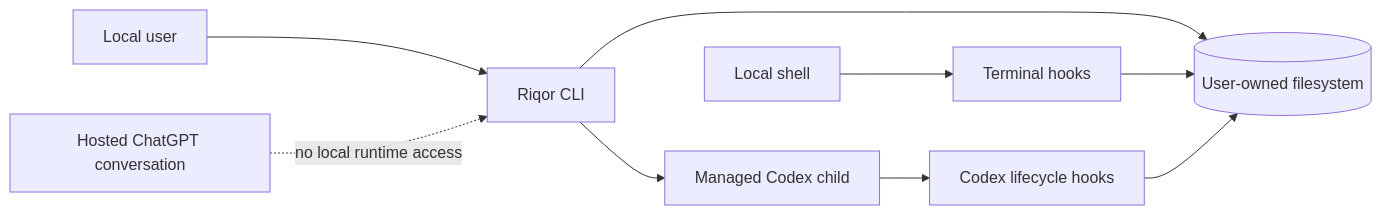
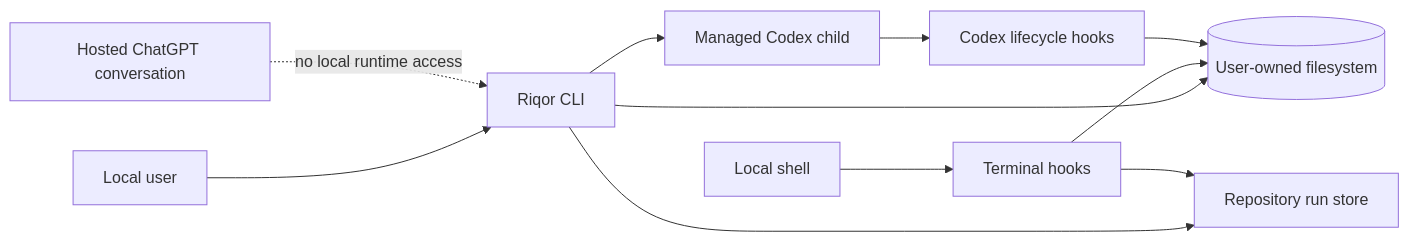
Before and after one commit to imMamdouhaboammar/riqor: the diagram in docs/SECURITY_MODEL.md, drawn with Mermaid. The commit also changed other lines of this file, not shown here.

Commit message:
docs: define run trace security boundary

````diff
--- a/docs/SECURITY_MODEL.md
+++ b/docs/SECURITY_MODEL.md
@@ -26,13 +30,15 @@
 ```mermaid
 flowchart LR
     U[Local user] --> CLI[Riqor CLI]
     CLI --> FS[(User-owned filesystem)]
+    CLI --> RR[Repository run store]
     CLI --> CX[Managed Codex child]
     CX --> HK[Codex lifecycle hooks]
     SH[Local shell] --> TH[Terminal hooks]
+    TH --> RR
     TH --> FS
     HK --> FS
     HC[Hosted ChatGPT conversation]
 
     HC -. no local runtime access .-> CLI
 ```
````
